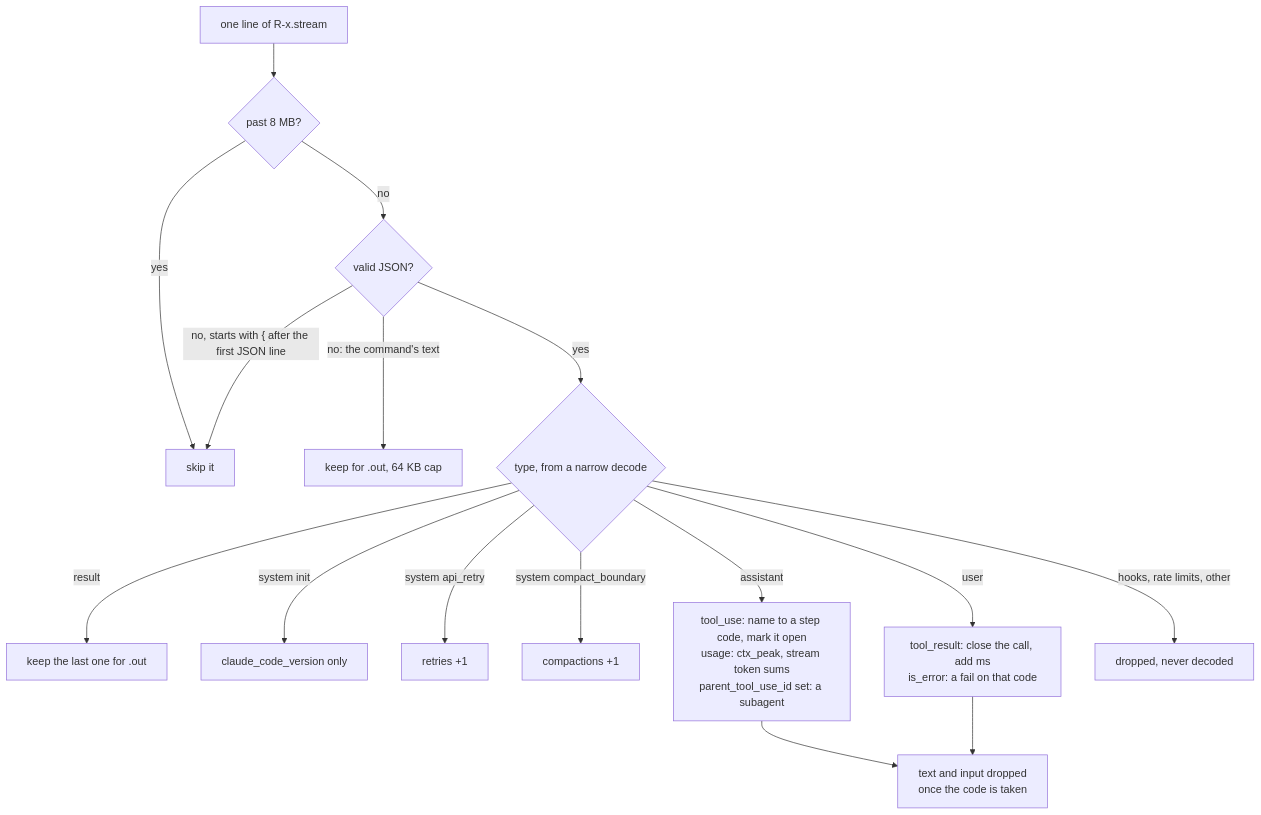
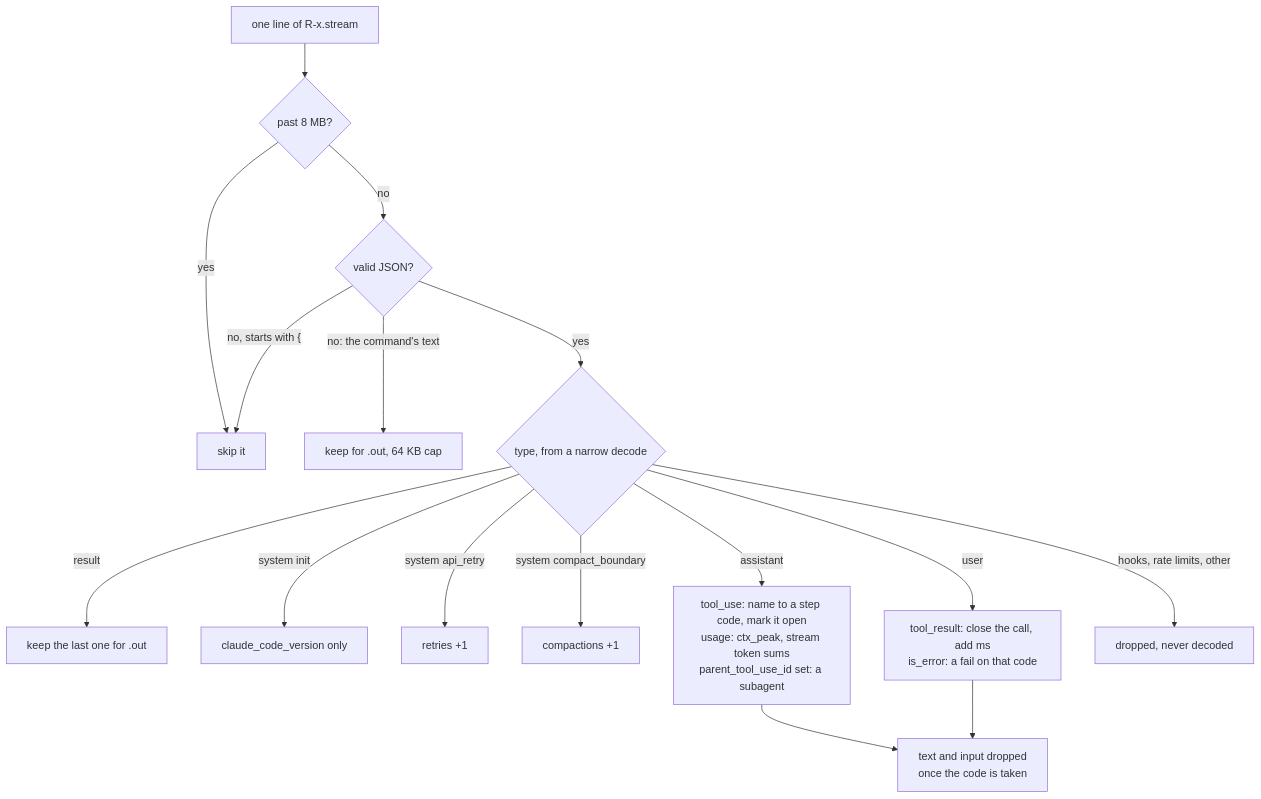
Before and after one commit to ProlesDei/maestro: the third of 11 diagrams in docs/design/data-collection.md, drawn with Mermaid. The commit also changed other lines of this file and 24 other files, not shown here.

````diff
--- a/docs/design/data-collection.md
+++ b/docs/design/data-collection.md
@@ -172,18 +172,18 @@
 ```mermaid
 flowchart TD
   L["one line of R-x.stream"] --> SZ{"past 8 MB?"}
   SZ -- yes --> CUT["skip it"]
   SZ -- no --> J{"valid JSON?"}
   J -- "no: the command's text" --> PRE["keep for .out, 64 KB cap"]
-  J -- "no, starts with { after the first JSON line" --> CUT
+  J -- "no, starts with {" --> CUT
   J -- yes --> T{"type, from a narrow decode"}
   T -- "result" --> RES["keep the last one for .out"]
   T -- "system init" --> INIT["claude_code_version only"]
   T -- "system api_retry" --> RT["retries +1"]
   T -- "system compact_boundary" --> CP["compactions +1"]
   T -- "assistant" --> A["tool_use: name to a step code, mark it open<br/>usage: ctx_peak, stream token sums<br/>parent_tool_use_id set: a subagent"]
   T -- "user" --> U["tool_result: close the call, add ms<br/>is_error: a fail on that code"]
   T -- "hooks, rate limits, other" --> DROP["dropped, never decoded"]
   A --> GONE["text and input dropped<br/>once the code is taken"]
   U --> GONE
 ```
````
